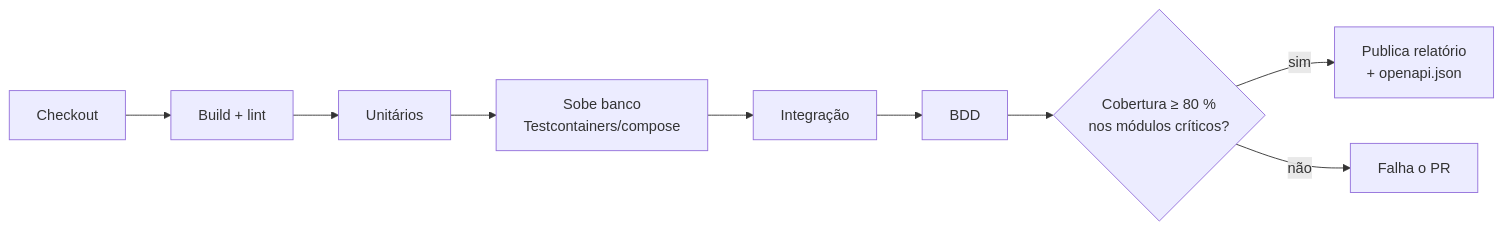
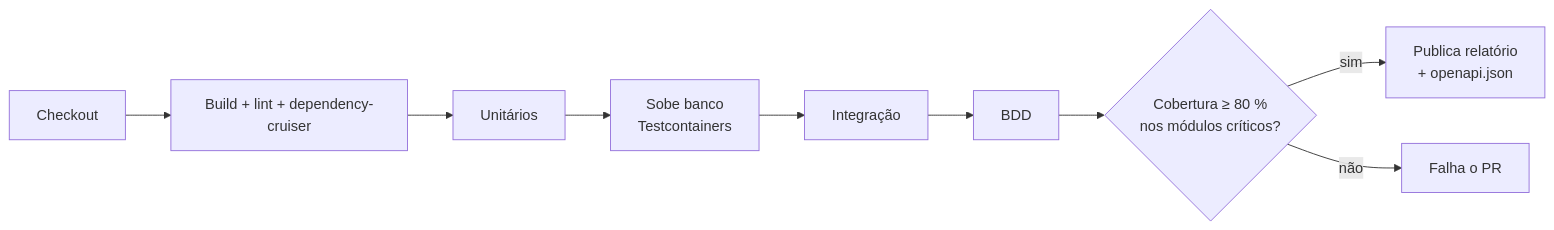
The second of 2 diagrams in docs/05-qualidade-e-seguranca/estrategia-de-testes.md (HermandoThiago/FIAP-SOAT), drawn with Mermaid before and after one commit. The commit also changed other lines of this file and 57 other files, not shown here.

````diff
--- a/docs/05-qualidade-e-seguranca/estrategia-de-testes.md
+++ b/docs/05-qualidade-e-seguranca/estrategia-de-testes.md
@@ -72,6 +81,6 @@
 ```mermaid
 flowchart LR
-    A[Checkout] --> B[Build + lint] --> C[Unitários] --> D[Sobe banco<br/>Testcontainers/compose] --> E[Integração] --> F[BDD] --> G{Cobertura ≥ 80 %<br/>nos módulos críticos?}
+    A[Checkout] --> B[Build + lint + dependency-cruiser] --> C[Unitários] --> D[Sobe banco<br/>Testcontainers] --> E[Integração] --> F[BDD] --> G{Cobertura ≥ 80 %<br/>nos módulos críticos?}
     G -- sim --> H[Publica relatório<br/>+ openapi.json]
     G -- não --> X[Falha o PR]
 ```
````
